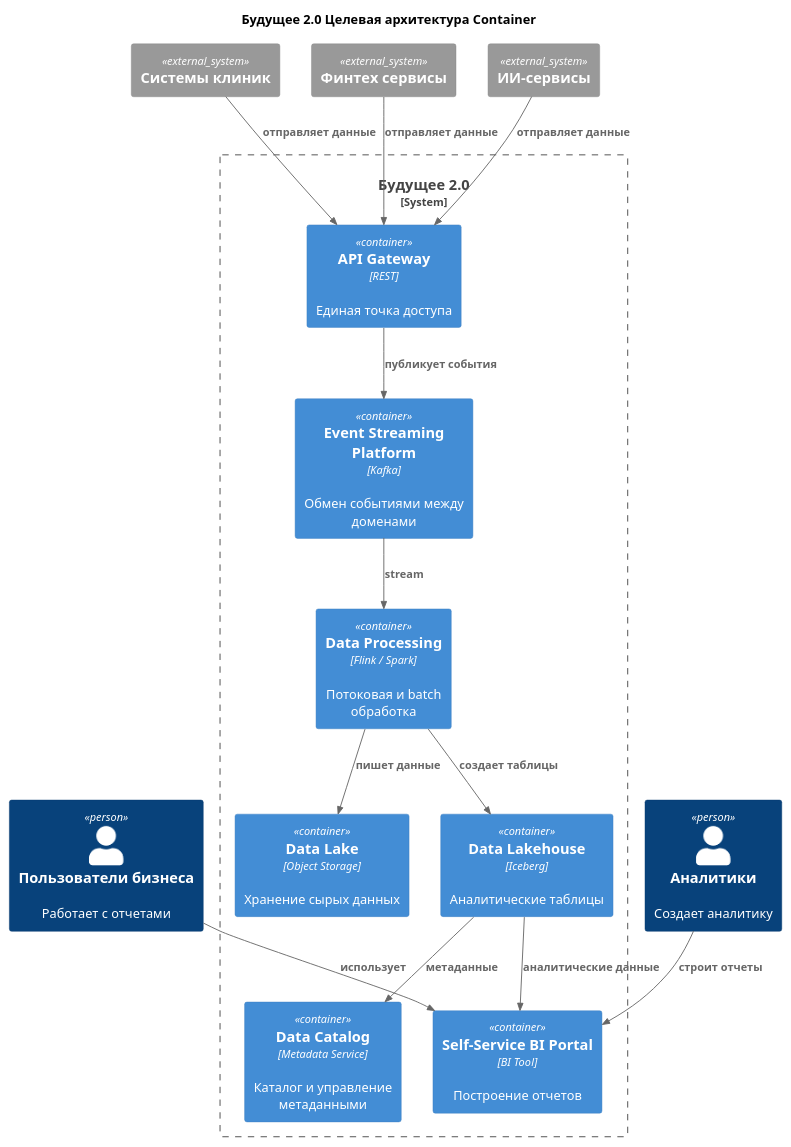
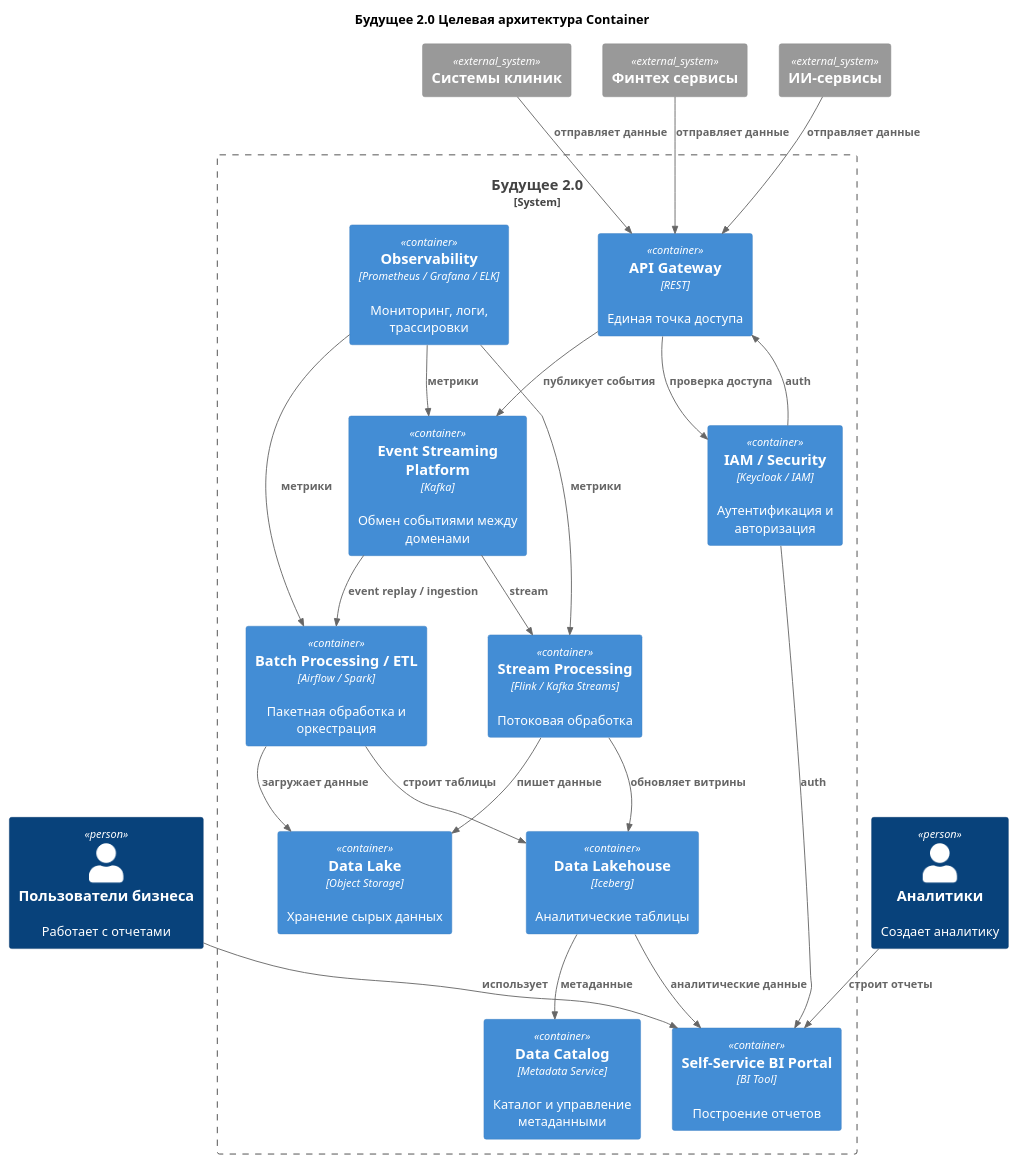
Before and after one commit to AntonVolkov71/architecture-future_2_0: the diagram in Task3Advanced/schema/C4-container.puml, drawn with PlantUML. The commit also changed 5 other files, not shown here.

```diff
--- a/Task3Advanced/schema/C4-container.puml
+++ b/Task3Advanced/schema/C4-container.puml
@@ -1,43 +1,62 @@
 @startuml
 title Будущее 2.0 Целевая архитектура Container
 
 !include https://raw.githubusercontent.com/plantuml-stdlib/C4-PlantUML/master/C4_Container.puml
 
 Person(business, "Пользователи бизнеса", "Работает с отчетами")
 Person(analyst, "Аналитики", "Создает аналитику")
 
 System_Ext(clinics, "Системы клиник")
 System_Ext(fintech, "Финтех сервисы")
 System_Ext(ai, "ИИ-сервисы")
 
 System_Boundary(platform, "Будущее 2.0") {
     Container(api, "API Gateway", "REST", "Единая точка доступа")
     Container(events, "Event Streaming Platform", "Kafka", "Обмен событиями между доменами")
-    Container(processing, "Data Processing", "Flink / Spark", "Потоковая и batch обработка")
+
+    Container(stream, "Stream Processing", "Flink / Kafka Streams", "Потоковая обработка")
+    Container(batch, "Batch Processing / ETL", "Airflow / Spark", "Пакетная обработка и оркестрация")
+
 
     Container(lake, "Data Lake", "Object Storage", "Хранение сырых данных")
     Container(lakehouse, "Data Lakehouse", "Iceberg", "Аналитические таблицы")
     Container(catalog, "Data Catalog", "Metadata Service", "Каталог и управление метаданными")
 
     Container(bi, "Self-Service BI Portal", "BI Tool", "Построение отчетов")
+
+    Container(security, "IAM / Security", "Keycloak / IAM", "Аутентификация и авторизация")
+    Container(observability, "Observability", "Prometheus / Grafana / ELK", "Мониторинг, логи, трассировки")
 }
 
 Rel(clinics, api, "отправляет данные")
 Rel(fintech, api, "отправляет данные")
 Rel(ai, api, "отправляет данные")
 
 Rel(api, events, "публикует события")
 
-Rel(events, processing, "stream")
+Rel(events, stream, "stream")
+Rel(events, batch, "event replay / ingestion")
 
-Rel(processing, lake, "пишет данные")
-Rel(processing, lakehouse, "создает таблицы")
+
+Rel(stream, lake, "пишет данные")
+Rel(stream, lakehouse, "обновляет витрины")
+
+Rel(batch, lake, "загружает данные")
+Rel(batch, lakehouse, "строит таблицы")
 
 Rel(lakehouse, bi, "аналитические данные")
 
 Rel(business, bi, "использует")
 Rel(analyst, bi, "строит отчеты")
 
 Rel(lakehouse, catalog, "метаданные")
 
+
+Rel(security, api, "auth")
+Rel(security, bi, "auth")
+Rel(api, security, "проверка доступа")
+
+Rel(observability, stream, "метрики")
+Rel(observability, batch, "метрики")
+Rel(observability, events, "метрики")
 @enduml
```
